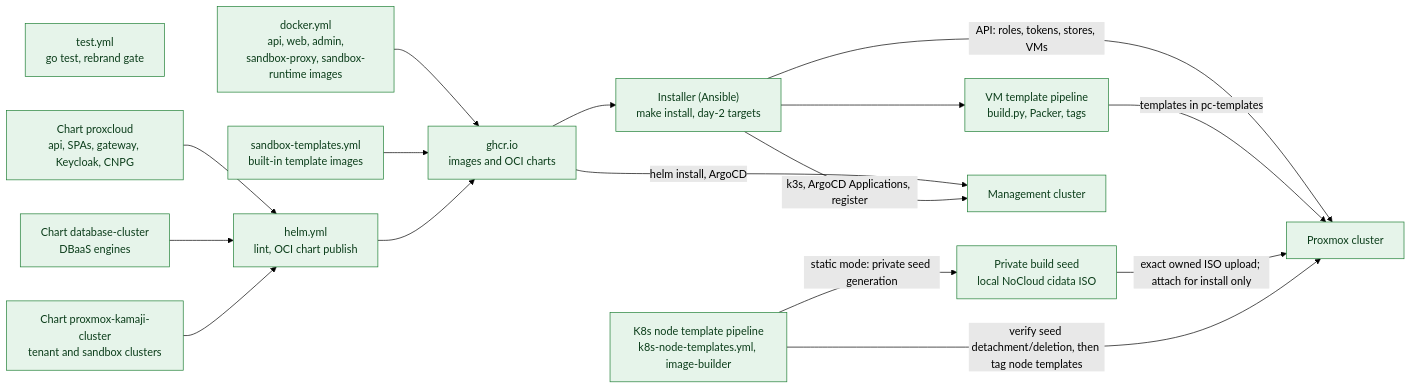
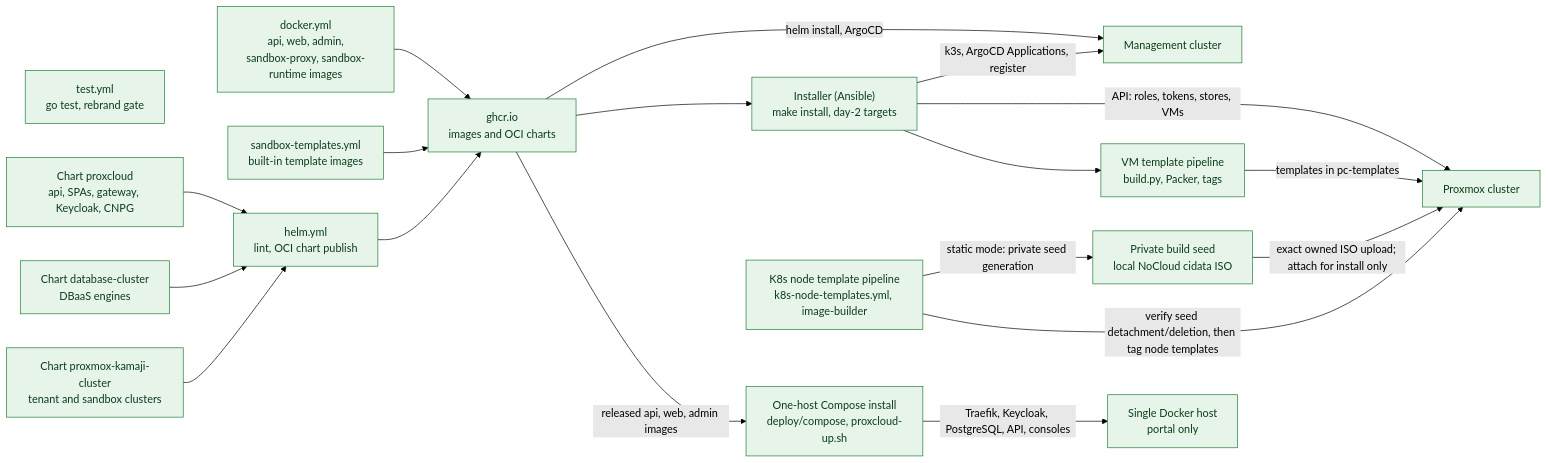
The third of 3 diagrams in docs/architecture/c4/c2-containers.md (mutex-solutions/proxcloud), drawn with Mermaid (forest theme) before and after one commit. The commit also changed other lines of this file and 16 other files, not shown here.

First line of the commit message:
feat(compose): add one-host production install (#233)

````diff
--- a/docs/architecture/c4/c2-containers.md
+++ b/docs/architecture/c4/c2-containers.md
@@ -224,36 +224,40 @@
 ```mermaid
 flowchart LR
   classDef impl fill:#e6f4ea,stroke:#1e7e34,color:#0b3d1a
   classDef planned fill:#f2f2f2,stroke:#8a8a8a,stroke-dasharray:5 5,color:#555555
 
   test["test.yml<br/>go test, rebrand gate"]:::impl
   docker["docker.yml<br/>api, web, admin,<br/>sandbox-proxy, sandbox-runtime images"]:::impl
   sbxt["sandbox-templates.yml<br/>built-in template images"]:::impl
   helm["helm.yml<br/>lint, OCI chart publish"]:::impl
   ghcr["ghcr.io<br/>images and OCI charts"]:::impl
   chart["Chart proxcloud<br/>api, SPAs, gateway, Keycloak, CNPG"]:::impl
   dbchart["Chart database-cluster<br/>DBaaS engines"]:::impl
   k8schart["Chart proxmox-kamaji-cluster<br/>tenant and sandbox clusters"]:::impl
   inst["Installer (Ansible)<br/>make install, day-2 targets"]:::impl
+  compose["One-host Compose install<br/>deploy/compose, proxcloud-up.sh"]:::impl
+  host["Single Docker host<br/>portal only"]:::impl
   vmt["VM template pipeline<br/>build.py, Packer, tags"]:::impl
   k8st["K8s node template pipeline<br/>k8s-node-templates.yml, image-builder"]:::impl
   k8sseed["Private build seed<br/>local NoCloud cidata ISO"]:::impl
   mgmt["Management cluster"]:::impl
   pve["Proxmox cluster"]:::impl
 
   docker --> ghcr
   sbxt --> ghcr
   helm --> ghcr
   chart --> helm
   dbchart --> helm
   k8schart --> helm
   ghcr -->|"helm install, ArgoCD"| mgmt
   ghcr --> inst
+  ghcr -->|"released api, web, admin images"| compose
+  compose -->|"Traefik, Keycloak, PostgreSQL, API, consoles"| host
   inst -->|"k3s, ArgoCD Applications, register"| mgmt
   inst -->|"API: roles, tokens, stores, VMs"| pve
   inst --> vmt
   vmt -->|"templates in pc-templates"| pve
   k8st -->|"static mode: private seed generation"| k8sseed
   k8sseed -->|"exact owned ISO upload; attach for install only"| pve
   k8st -->|"verify seed detachment/deletion, then tag node templates"| pve
 ```
````
